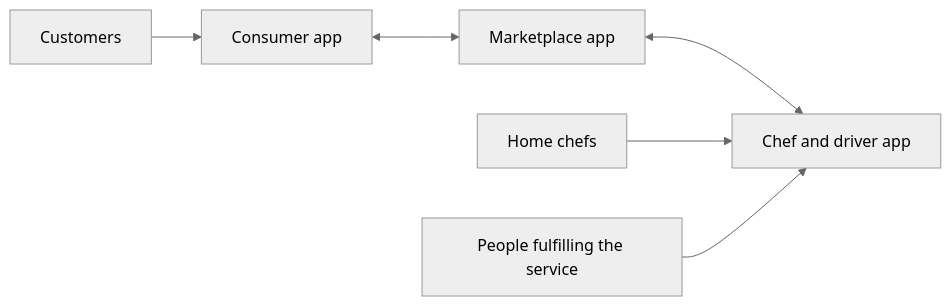
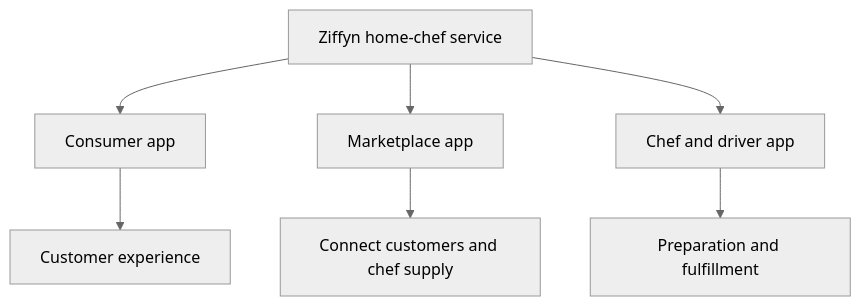
Before and after one commit to Jaiashar/ziffyn: the diagram in README.md, drawn with Mermaid (neutral theme). The commit also changed other lines of this file, not shown here.

Commit message:
Clarify Ziffyn case study and focus product architecture

````diff
--- a/README.md
+++ b/README.md
@@ -31,8 +31,9 @@
 ```mermaid
-flowchart LR
-    Customer[Customers] --> Consumer[Consumer app]
-    Consumer <--> Marketplace[Marketplace app]
-    Marketplace <--> Provider[Chef and driver app]
-    Chef[Home chefs] --> Provider
-    Fulfillment[People fulfilling the service] --> Provider
+flowchart TD
+    Service[Ziffyn home-chef service] --> Consumer[Consumer app]
+    Service --> Marketplace[Marketplace app]
+    Service --> Provider[Chef and driver app]
+    Consumer --> Customers[Customer experience]
+    Marketplace --> Supply[Connect customers and chef supply]
+    Provider --> Fulfillment[Preparation and fulfillment]
 ```
````
